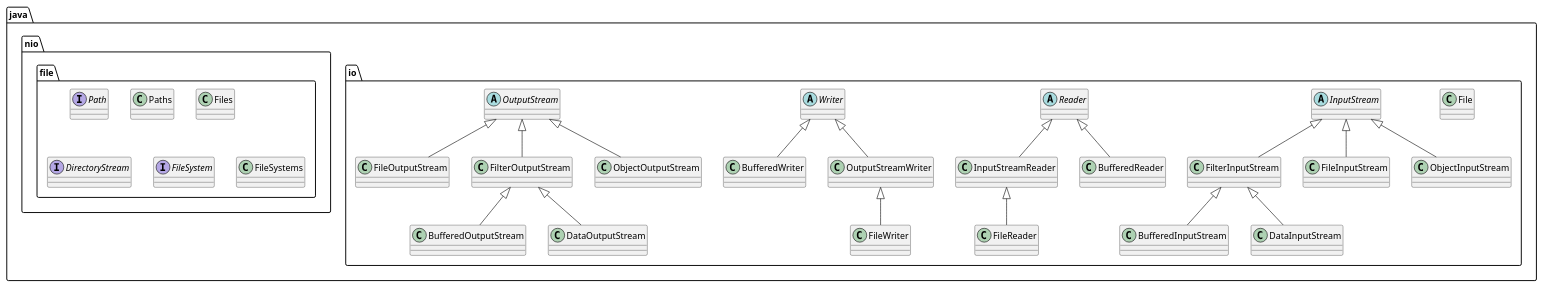
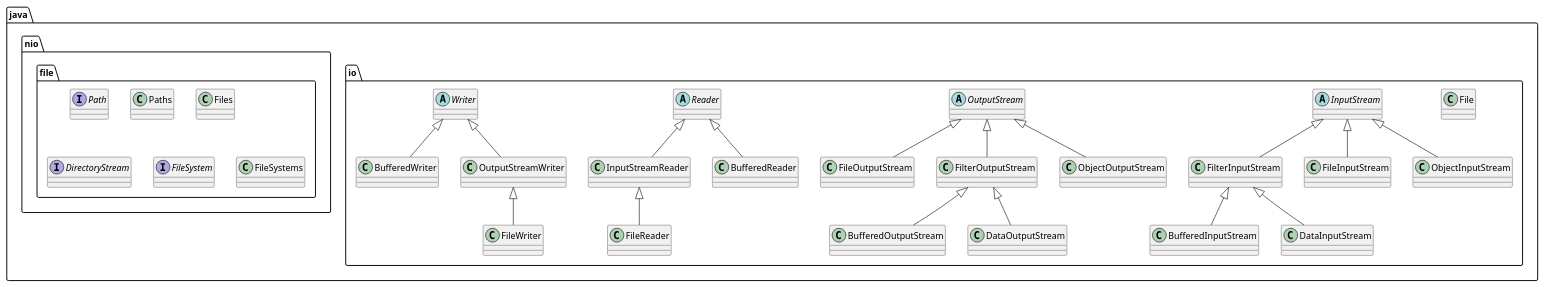
One commit to caioamorim7/poo changed the diagram in lectures/examples/12-file/doc/file-names.plantuml. Above: the diagram before and after it, drawn with PlantUML. The commit also changed 4 other files, not shown here.

```diff
--- a/lectures/examples/12-file/doc/file-names.plantuml
+++ b/lectures/examples/12-file/doc/file-names.plantuml
@@ -1,47 +1,48 @@
-@startuml
+@startuml file-names
 skinparam classAttributeIconSize 0
 
 
 package "java.io" {
 
     class File
 
     abstract class InputStream
 
     class FilterInputStream extends InputStream
     class BufferedInputStream extends FilterInputStream
     class DataInputStream extends FilterInputStream
     class FileInputStream extends InputStream
     class ObjectInputStream extends InputStream
 
+    abstract class OutputStream
+
+    class FileOutputStream extends OutputStream
+    class FilterOutputStream extends OutputStream
+    class BufferedOutputStream extends FilterOutputStream
+    class DataOutputStream extends FilterOutputStream
+    class ObjectOutputStream extends OutputStream
+
     abstract class Reader
     
     class InputStreamReader extends Reader
     class FileReader extends InputStreamReader
     class BufferedReader extends Reader
 
     abstract class Writer
 
     class BufferedWriter extends Writer
     class OutputStreamWriter extends Writer
     class FileWriter extends OutputStreamWriter
 
-    abstract class OutputStream
-
-    class FileOutputStream extends OutputStream
-    class FilterOutputStream extends OutputStream
-    class BufferedOutputStream extends FilterOutputStream
-    class DataOutputStream extends FilterOutputStream
-    class ObjectOutputStream extends OutputStream
 }
 
 package "java.nio.file" {
     interface Path
     class Paths
     class Files
     interface DirectoryStream
     interface FileSystem
     class FileSystems
 }
 
 @enduml
```
